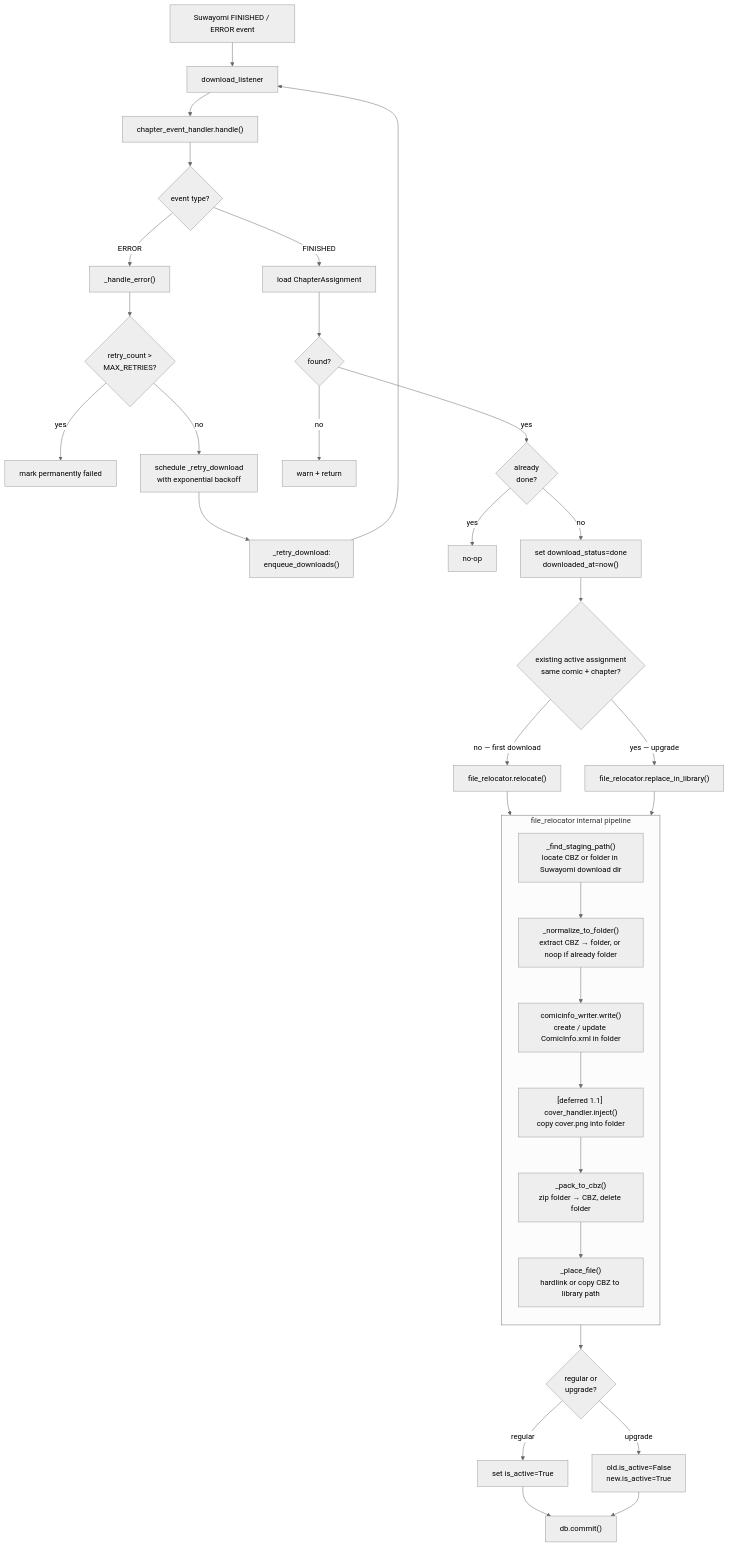
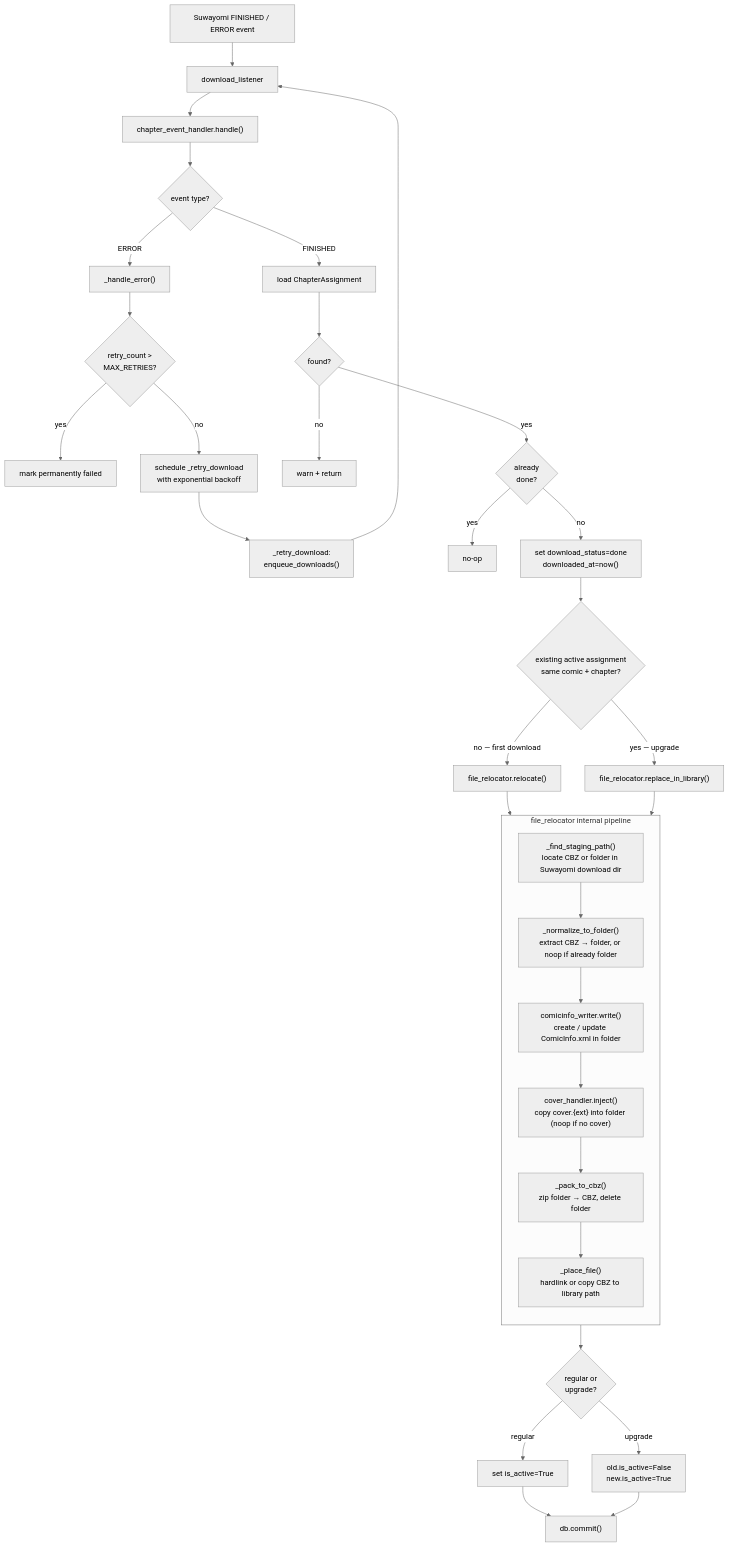
The diagram in docs/ARCHITECTURE.md (Svagtlys/Otaki), drawn with Mermaid (neutral theme) before and after one commit. The commit also changed other lines of this file and 5 other files, not shown here.

First line of the commit message:
feat(pipeline): inject cover into staging folder before CBZ pack; Change cover UI

````diff
--- a/docs/ARCHITECTURE.md
+++ b/docs/ARCHITECTURE.md
@@ -465,45 +465,45 @@
 ```mermaid
 flowchart TD
     A["Suwayomi FINISHED / ERROR event"] --> B["download_listener"]
     B --> C["chapter_event_handler.handle()"]
 
     C --> D{event type?}
     D -->|ERROR| ERR["_handle_error()"]
     D -->|FINISHED| F["load ChapterAssignment"]
 
     ERR --> ER1{retry_count ><br>MAX_RETRIES?}
     ER1 -->|yes| ER2["mark permanently failed"]
     ER1 -->|no| ER3["schedule _retry_download<br>with exponential backoff"]
     ER3 --> ER4["_retry_download:<br>enqueue_downloads()"]
     ER4 --> B
 
     F --> G{found?}
     G -->|no| WARN["warn + return"]
     G -->|yes| IDEM{already<br>done?}
     IDEM -->|yes| NOP["no-op"]
     IDEM -->|no| K["set download_status=done<br>downloaded_at=now()"]
 
     K --> L{"existing active assignment<br>same comic + chapter?"}
     L -->|"no — first download"| REL["file_relocator.relocate()"]
     L -->|"yes — upgrade"| UPG["file_relocator.replace_in_library()"]
 
     REL --> PIPE
     UPG --> PIPE
 
     subgraph PIPE ["file_relocator internal pipeline"]
         direction TB
         S1["_find_staging_path()<br>locate CBZ or folder in Suwayomi download dir"]
         S2["_normalize_to_folder()<br>extract CBZ → folder, or noop if already folder"]
         S3["comicinfo_writer.write()<br>create / update ComicInfo.xml in folder"]
-        S4["[deferred 1.1] cover_handler.inject()<br>copy cover.png into folder"]
+        S4["cover_handler.inject()<br>copy cover.{ext} into folder (noop if no cover)"]
         S5["_pack_to_cbz()<br>zip folder → CBZ, delete folder"]
         S6["_place_file()<br>hardlink or copy CBZ to library path"]
         S1 --> S2 --> S3 --> S4 --> S5 --> S6
     end
 
     PIPE --> ACT{"regular or<br>upgrade?"}
     ACT -->|regular| ACT1["set is_active=True"]
     ACT -->|upgrade| ACT2["old.is_active=False<br>new.is_active=True"]
     ACT1 --> CMT["db.commit()"]
     ACT2 --> CMT
 ```
````
